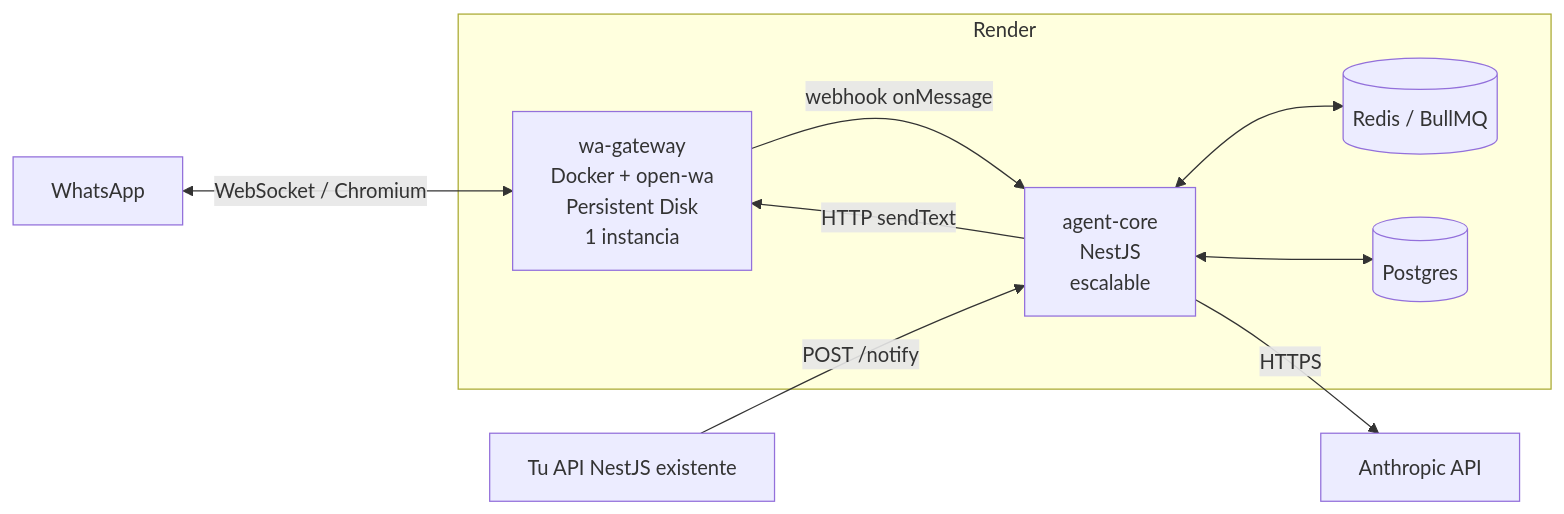
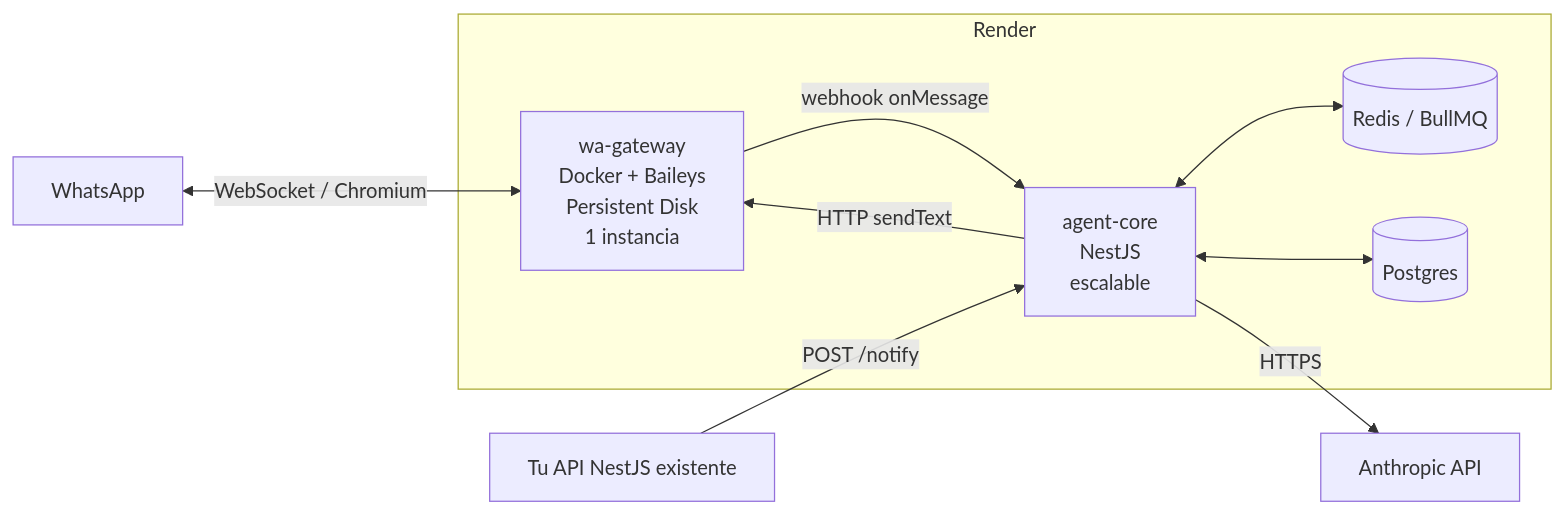
One commit to Brandocel/bot-wa-brando changed the diagram in docs/ARCHITECTURE.md. Above: the diagram before and after it, drawn with Mermaid. The commit also changed other lines of this file and 9 other files, not shown here.

````diff
--- a/docs/ARCHITECTURE.md
+++ b/docs/ARCHITECTURE.md
@@ -37,18 +69,18 @@
 ```mermaid
 flowchart LR
     WA[WhatsApp] <-->|WebSocket / Chromium| GW
 
     subgraph Render
-        GW["wa-gateway<br/>Docker + open-wa<br/>Persistent Disk<br/>1 instancia"]
+        GW["wa-gateway<br/>Docker + Baileys<br/>Persistent Disk<br/>1 instancia"]
         CORE["agent-core<br/>NestJS<br/>escalable"]
         Q[(Redis / BullMQ)]
         DB[(Postgres)]
     end
 
     GW -->|webhook onMessage| CORE
     CORE -->|HTTP sendText| GW
     CORE <--> Q
     CORE <--> DB
     CORE -->|HTTPS| LLM[Anthropic API]
     NEST[Tu API NestJS existente] -->|POST /notify| CORE
 ```
````
